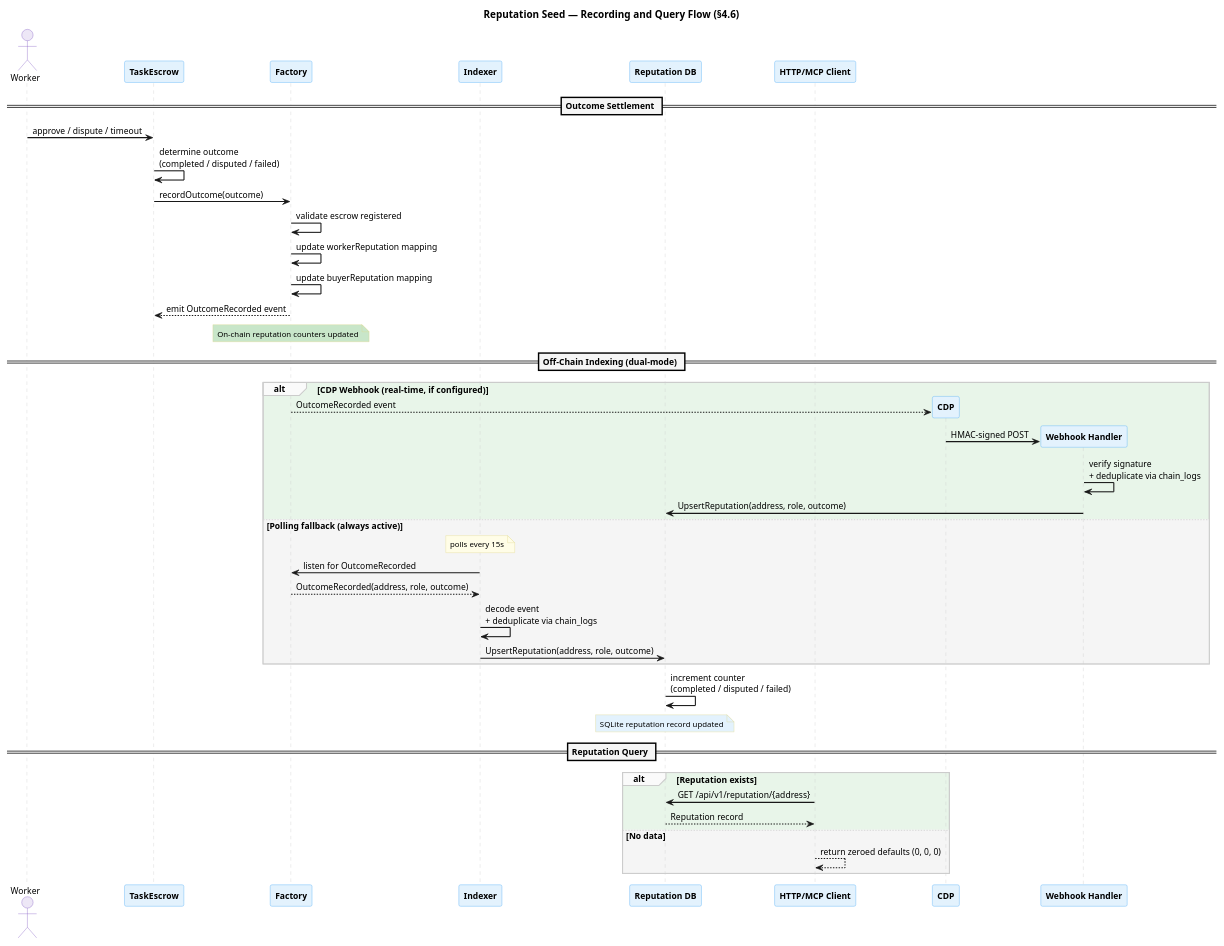
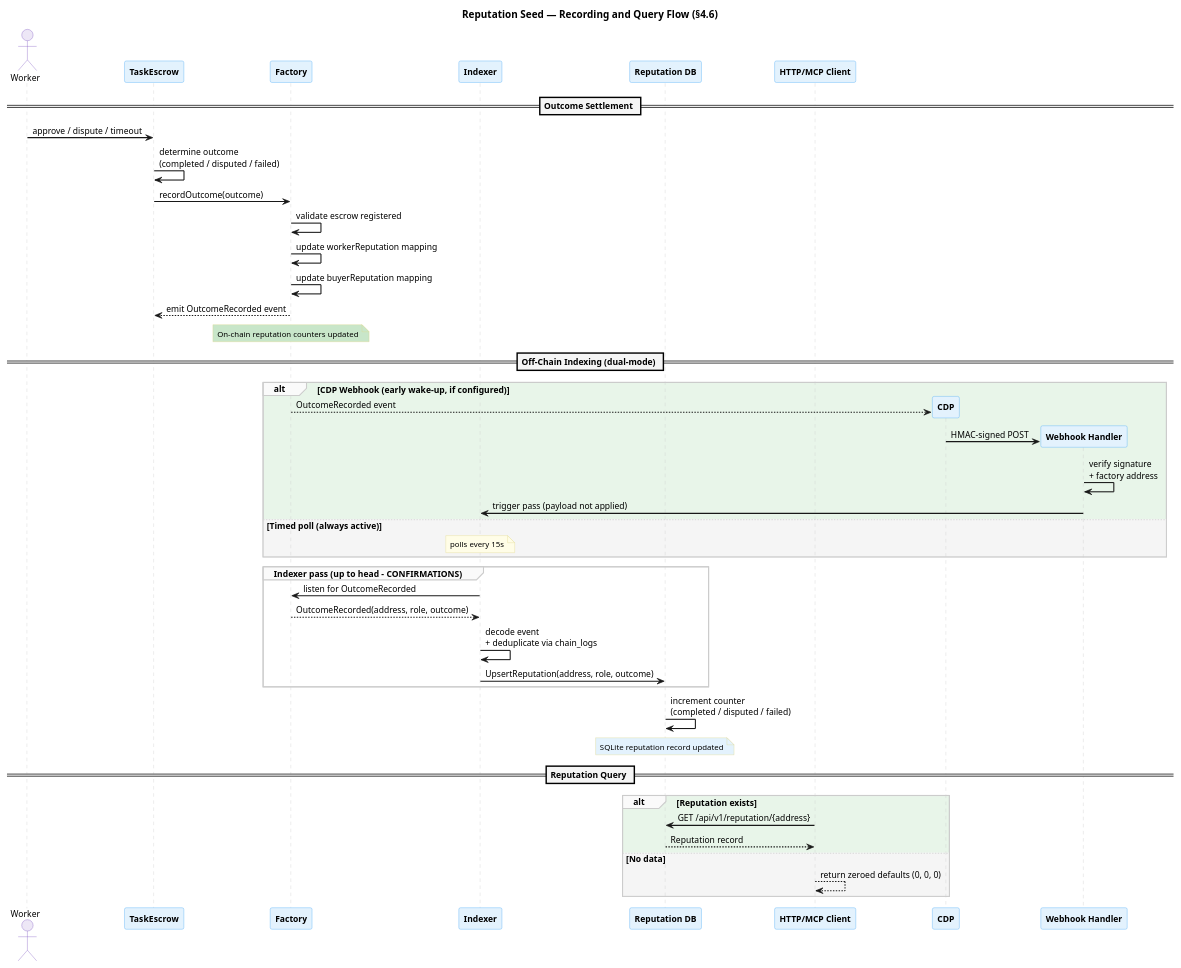
The fourth of 5 diagrams in docs/diagrams/lifecycle-sequence.puml (eddiefleurent/agent-escrow), drawn with PlantUML before and after one commit. The commit also changed 14 other files, not shown here.

```diff
--- a/docs/diagrams/lifecycle-sequence.puml
+++ b/docs/diagrams/lifecycle-sequence.puml
@@ -328,77 +328,80 @@
 @startuml reputation-seed-sequence
 skinparam backgroundColor #FFFFFF
 skinparam defaultFontName "Helvetica"
 skinparam defaultFontSize 12
 skinparam shadowing false
 skinparam sequenceArrowThickness 1.5
 skinparam sequenceLifeLineBorderColor #CCCCCC
 skinparam sequenceDividerBackgroundColor #F5F5F5
 skinparam sequenceDividerFontStyle bold
 skinparam sequenceGroupBackgroundColor #FAFAFA
 skinparam sequenceGroupBorderColor #CCCCCC
 
 skinparam participant {
   BorderColor #42A5F5
   BackgroundColor #E3F2FD
   FontStyle bold
 }
 
 skinparam actor {
   BorderColor #7E57C2
   BackgroundColor #EDE7F6
 }
 
 skinparam note {
   BackgroundColor #FFFDE7
   BorderColor #E0D68A
   FontSize 11
 }
 
 title Reputation Seed — Recording and Query Flow (§4.6)
 
 actor "Worker" as worker
 participant "TaskEscrow" as escrow
 participant "Factory" as factory
 participant "Indexer" as indexer
 participant "Reputation DB" as db
 participant "HTTP/MCP Client" as client
 
 == Outcome Settlement ==
 
 worker -> escrow : approve / dispute / timeout
 escrow -> escrow : determine outcome\n(completed / disputed / failed)
 escrow -> factory : recordOutcome(outcome)
 factory -> factory : validate escrow registered
 factory -> factory : update workerReputation mapping
 factory -> factory : update buyerReputation mapping
 factory --> escrow : emit OutcomeRecorded event
 note over factory #C8E6C9 : On-chain reputation counters updated
 
 == Off-Chain Indexing (dual-mode) ==
 
-alt #E8F5E9 CDP Webhook (real-time, if configured)
+alt #E8F5E9 CDP Webhook (early wake-up, if configured)
   factory --> "CDP" as cdp ** #FFF3E0 : OutcomeRecorded event
   cdp -> "Webhook Handler" as webhook ** #BBDEFB : HMAC-signed POST
-  webhook -> webhook : verify signature\n+ deduplicate via chain_logs
-  webhook -> db : UpsertReputation(address, role, outcome)
-else #F5F5F5 Polling fallback (always active)
+  webhook -> webhook : verify signature\n+ factory address
+  webhook -> indexer : trigger pass (payload not applied)
+else #F5F5F5 Timed poll (always active)
   note over indexer : polls every 15s
+end
+
+group Indexer pass (up to head - CONFIRMATIONS)
   indexer -> factory : listen for OutcomeRecorded
   factory --> indexer : OutcomeRecorded(address, role, outcome)
   indexer -> indexer : decode event\n+ deduplicate via chain_logs
   indexer -> db : UpsertReputation(address, role, outcome)
 end
 
 db -> db : increment counter\n(completed / disputed / failed)
 note over db #E3F2FD : SQLite reputation record updated
 
 == Reputation Query ==
 
 alt #E8F5E9 Reputation exists
   client -> db : GET /api/v1/reputation/{address}
   db --> client : Reputation record
 else #F5F5F5 No data
   client --> client : return zeroed defaults (0, 0, 0)
 end
 
 @enduml
```
